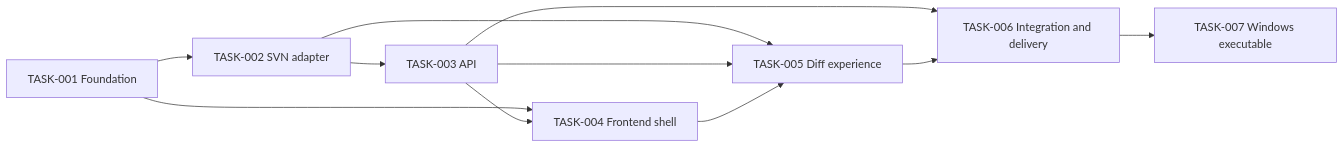
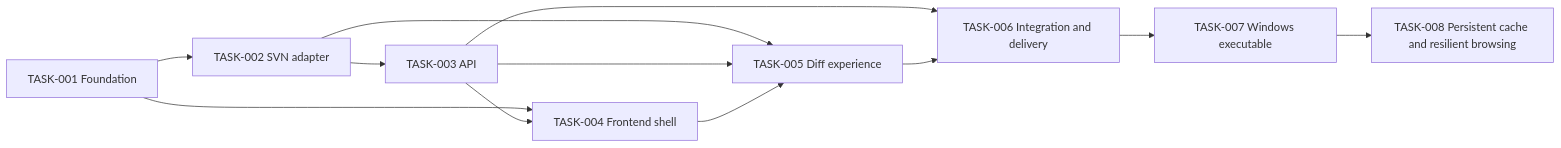
The diagram in docs/implementation/implementation-plan.md (and1gaoc/svnlab), drawn with Mermaid before and after one commit. The commit also changed other lines of this file and 1 other file, not shown here.

Commit message:
docs: plan persistent SVN cache improvements

````diff
--- a/docs/implementation/implementation-plan.md
+++ b/docs/implementation/implementation-plan.md
@@ -26,13 +26,14 @@
 ```mermaid
 flowchart LR
   T1[TASK-001 Foundation] --> T2[TASK-002 SVN adapter]
   T2 --> T3[TASK-003 API]
   T1 --> T4[TASK-004 Frontend shell]
   T3 --> T4
   T2 --> T5[TASK-005 Diff experience]
   T3 --> T5
   T4 --> T5
   T3 --> T6[TASK-006 Integration and delivery]
   T5 --> T6
   T6 --> T7[TASK-007 Windows executable]
+  T7 --> T8[TASK-008 Persistent cache and resilient browsing]
 ```
````
